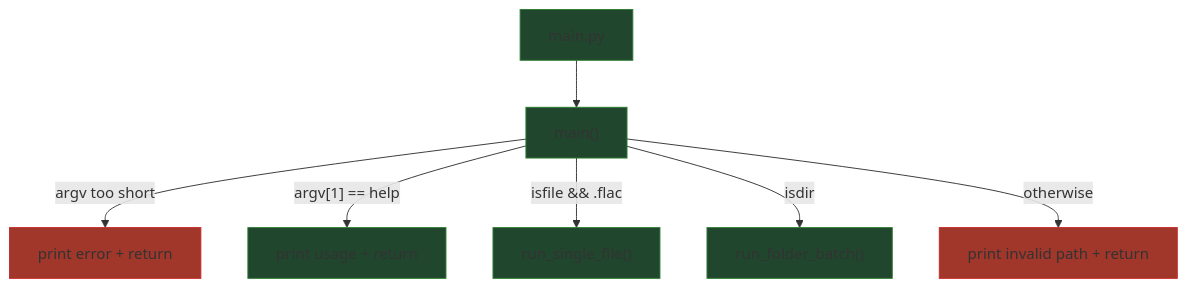
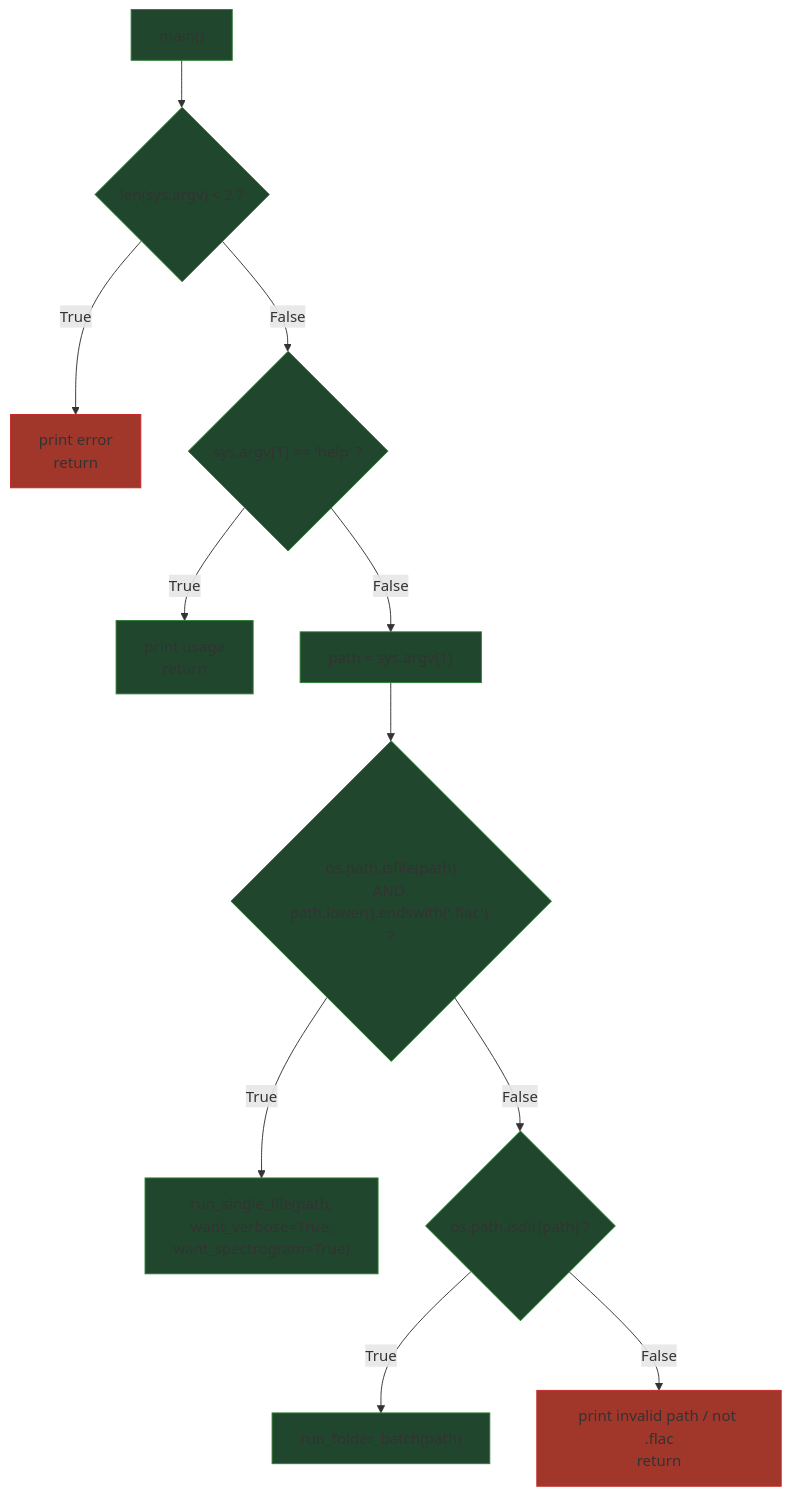
The diagram in docs/main.md (Mandache-Eduard/audio-analyzer), drawn with Mermaid before and after one commit. The commit also changed other lines of this file and 6 other files, not shown here.

````diff
--- a/docs/main.md
+++ b/docs/main.md
@@ -78,19 +36,37 @@
 ```mermaid
-flowchart TD
+    flowchart TD
     classDef ok fill:#20462d,stroke:#2e7d32;
     classDef err fill:#a1362a,stroke:#c62828;
 
-    M["main.py"]:::ok
     F_main["main()"]:::ok
-    F_single["run_single_file()"]:::ok
-    F_batch["run_folder_batch()"]:::ok
 
-    M --> F_main
+    C_argc{"len(sys.argv) < 2 ?"}:::ok
+    E_args["print error<br/>return"]:::err
 
-    F_main -->|"argv too short"| E_args["print error + return"]:::err
-    F_main -->|"argv[1] == help"| E_help["print usage + return"]:::ok
+    C_help{"sys.argv[1] == 'help' ?"}:::ok
+    E_help["print usage<br/>return"]:::ok
 
-    F_main -->|"isfile && .flac"| F_single
-    F_main -->|"isdir"| F_batch
-    F_main -->|"otherwise"| E_inv["print invalid path + return"]:::err
+    S_path["path = sys.argv[1]"]:::ok
+
+    C_file{"os.path.isfile(path)<br/>AND path.lower().endswith('.flac') ?"}:::ok
+    A_single["run_single_file(path,<br/>want_verbose=True,<br/>want_spectrogram=True)"]:::ok
+
+    C_dir{"os.path.isdir(path) ?"}:::ok
+    A_batch["run_folder_batch(path)"]:::ok
+
+    E_inv["print invalid path / not .flac<br/>return"]:::err
+
+    F_main --> C_argc
+    C_argc -->|"True"| E_args
+    C_argc -->|"False"| C_help
+
+    C_help -->|"True"| E_help
+    C_help -->|"False"| S_path
+
+    S_path --> C_file
+    C_file -->|"True"| A_single
+    C_file -->|"False"| C_dir
+
+    C_dir -->|"True"| A_batch
+    C_dir -->|"False"| E_inv
 ```
````
